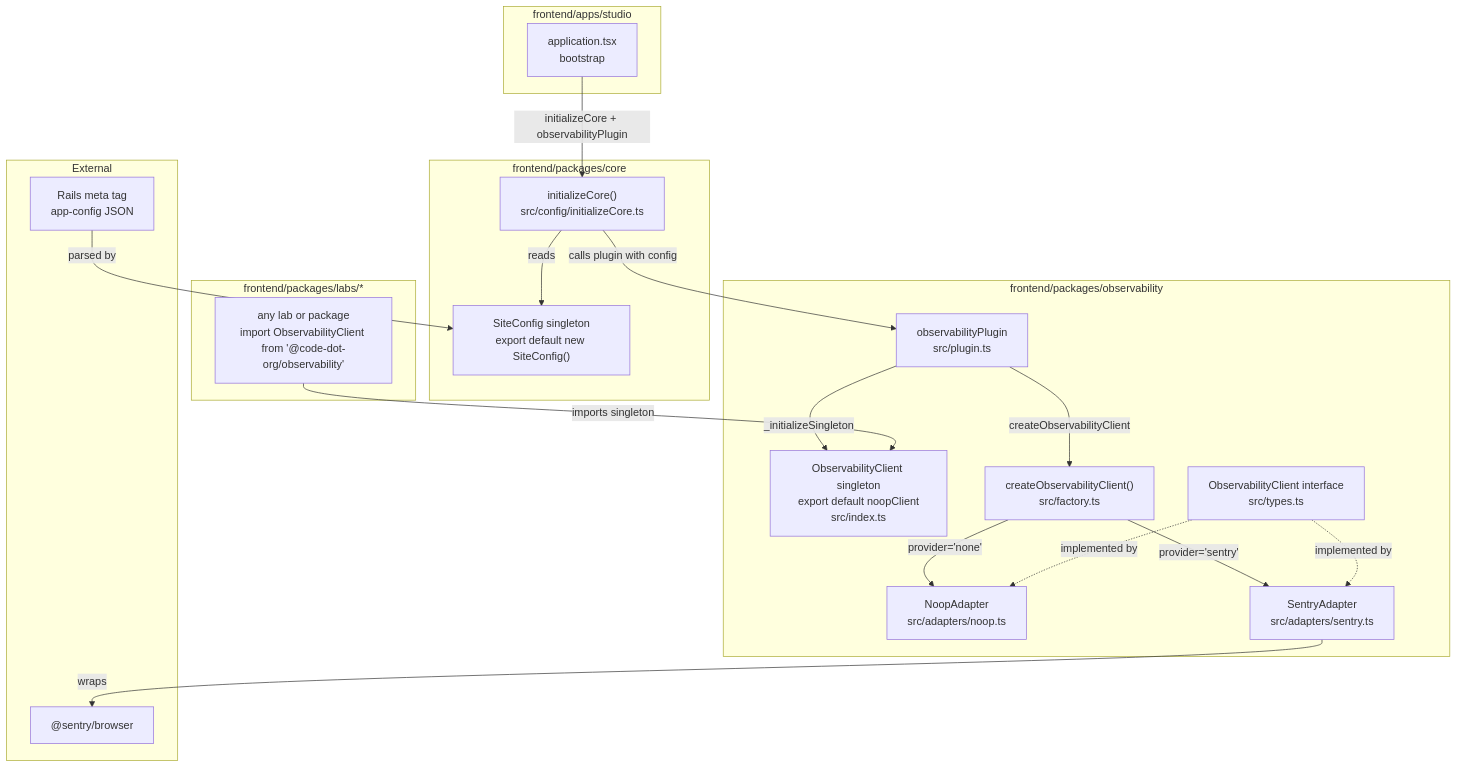
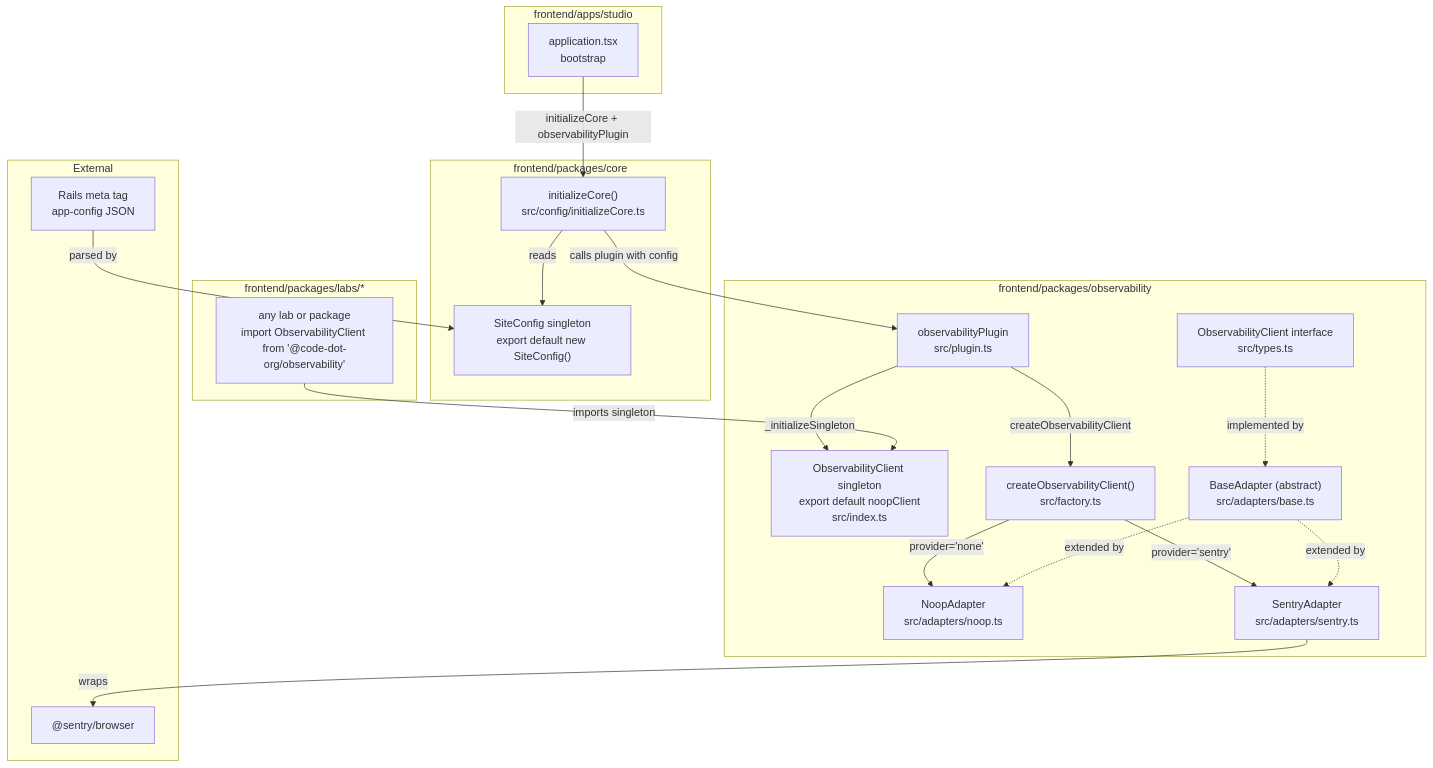
One commit to code-dot-org/code-dot-org changed the diagram in frontend/.kiro/specs/observability/design.md. Above: the diagram before and after it, drawn with Mermaid. The commit also changed other lines of this file and 12 other files, not shown here.

````diff
--- a/frontend/.kiro/specs/observability/design.md
+++ b/frontend/.kiro/specs/observability/design.md
@@ -22,42 +22,44 @@
 ```mermaid
 graph TD
     subgraph "frontend/apps/studio"
         APP[application.tsx<br/>bootstrap]
     end
 
     subgraph "frontend/packages/core"
         INIT["initializeCore()<br/>src/config/initializeCore.ts"]
         SITECONFIG["SiteConfig singleton<br/>export default new SiteConfig()"]
     end
 
     subgraph "frontend/packages/observability"
         OBSCLIENT["ObservabilityClient singleton<br/>export default noopClient<br/>src/index.ts"]
         OBSPLUGIN["observabilityPlugin<br/>src/plugin.ts"]
         FACTORY["createObservabilityClient()<br/>src/factory.ts"]
         IFACE["ObservabilityClient interface<br/>src/types.ts"]
+        BASE["BaseAdapter (abstract)<br/>src/adapters/base.ts"]
         NOOP["NoopAdapter<br/>src/adapters/noop.ts"]
         SENTRY["SentryAdapter<br/>src/adapters/sentry.ts"]
     end
 
     subgraph "frontend/packages/labs/*"
         LAB["any lab or package<br/>import ObservabilityClient from '@code-dot-org/observability'"]
     end
 
     subgraph "External"
         SENTRYSDK["@sentry/browser"]
         RAILS["Rails meta tag<br/>app-config JSON"]
     end
 
     RAILS -->|parsed by| SITECONFIG
     APP -->|initializeCore + observabilityPlugin| INIT
     INIT -->|reads| SITECONFIG
     INIT -->|calls plugin with config| OBSPLUGIN
     OBSPLUGIN -->|createObservabilityClient| FACTORY
     FACTORY -->|provider='none'| NOOP
     FACTORY -->|provider='sentry'| SENTRY
     SENTRY -->|wraps| SENTRYSDK
     OBSPLUGIN -->|_initializeSingleton| OBSCLIENT
     LAB -->|imports singleton| OBSCLIENT
-    IFACE -.->|implemented by| NOOP
-    IFACE -.->|implemented by| SENTRY
+    IFACE -.->|implemented by| BASE
+    BASE -.->|extended by| NOOP
+    BASE -.->|extended by| SENTRY
 ```
````
